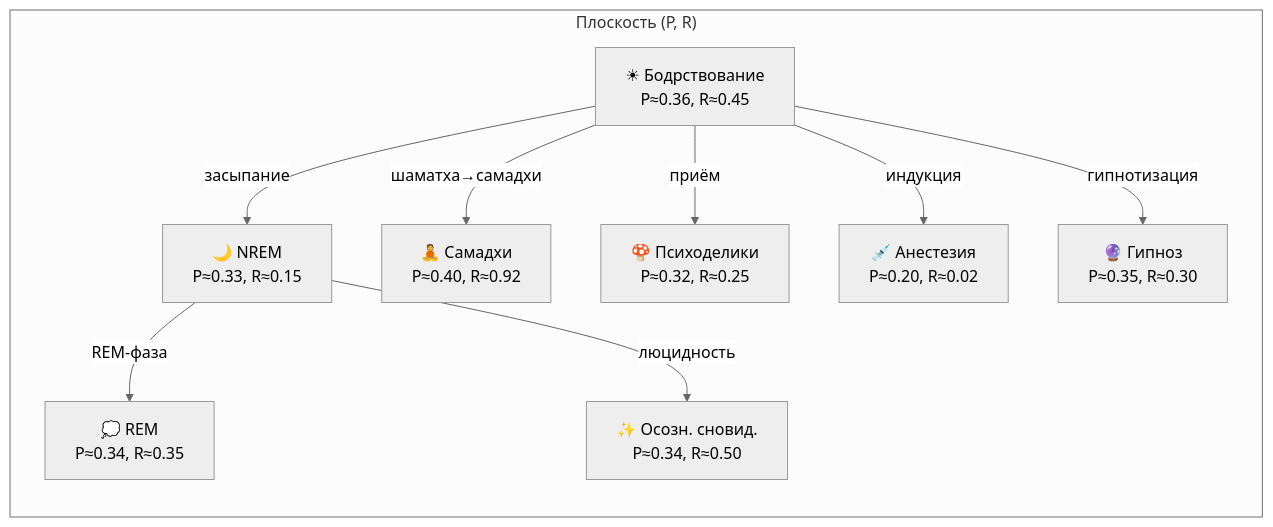
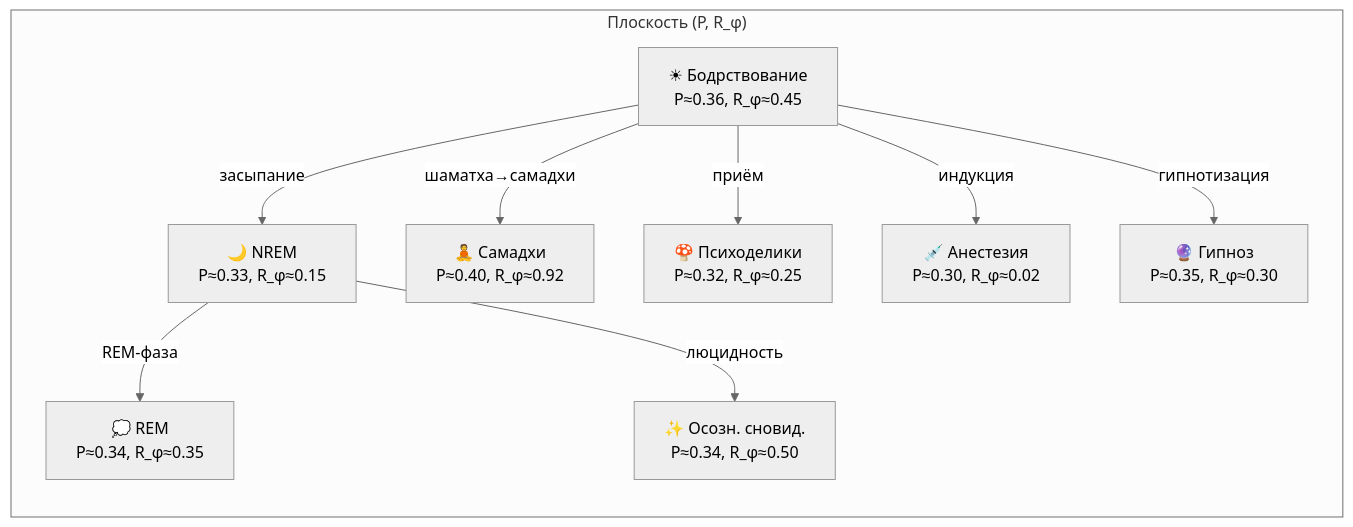
One commit to gst-st/uhm changed the first of 2 diagrams in website/i18n/ru/docusaurus-plugin-content-docs/current/consciousness/states/altered-states.md. Above: the diagram before and after it, drawn with Mermaid (neutral theme). The commit also changed other lines of this file and 55 other files, not shown here.

````diff
--- a/website/i18n/ru/docusaurus-plugin-content-docs/current/consciousness/states/altered-states.md
+++ b/website/i18n/ru/docusaurus-plugin-content-docs/current/consciousness/states/altered-states.md
@@ -106,21 +106,21 @@
 ```mermaid
 graph LR
-    subgraph PR["Плоскость (P, R)"]
+    subgraph PR["Плоскость (P, R_φ)"]
         direction TB
-        W["☀ Бодрствование<br/>P≈0.36, R≈0.45"]
-        NREM["🌙 NREM<br/>P≈0.33, R≈0.15"]
-        REM["💭 REM<br/>P≈0.34, R≈0.35"]
-        MED["🧘 Самадхи<br/>P≈0.40, R≈0.92"]
-        PSY["🍄 Психоделики<br/>P≈0.32, R≈0.25"]
-        AN["💉 Анестезия<br/>P≈0.20, R≈0.02"]
-        HYP["🔮 Гипноз<br/>P≈0.35, R≈0.30"]
-        LD["✨ Осозн. сновид.<br/>P≈0.34, R≈0.50"]
+        W["☀ Бодрствование<br/>P≈0.36, R_φ≈0.45"]
+        NREM["🌙 NREM<br/>P≈0.33, R_φ≈0.15"]
+        REM["💭 REM<br/>P≈0.34, R_φ≈0.35"]
+        MED["🧘 Самадхи<br/>P≈0.40, R_φ≈0.92"]
+        PSY["🍄 Психоделики<br/>P≈0.32, R_φ≈0.25"]
+        AN["💉 Анестезия<br/>P≈0.30, R_φ≈0.02"]
+        HYP["🔮 Гипноз<br/>P≈0.35, R_φ≈0.30"]
+        LD["✨ Осозн. сновид.<br/>P≈0.34, R_φ≈0.50"]
     end
     W -->|"засыпание"| NREM
     NREM -->|"REM-фаза"| REM
     W -->|"шаматха→самадхи"| MED
     W -->|"приём"| PSY
     W -->|"индукция"| AN
     W -->|"гипнотизация"| HYP
     NREM -->|"люцидность"| LD
 ```
````
